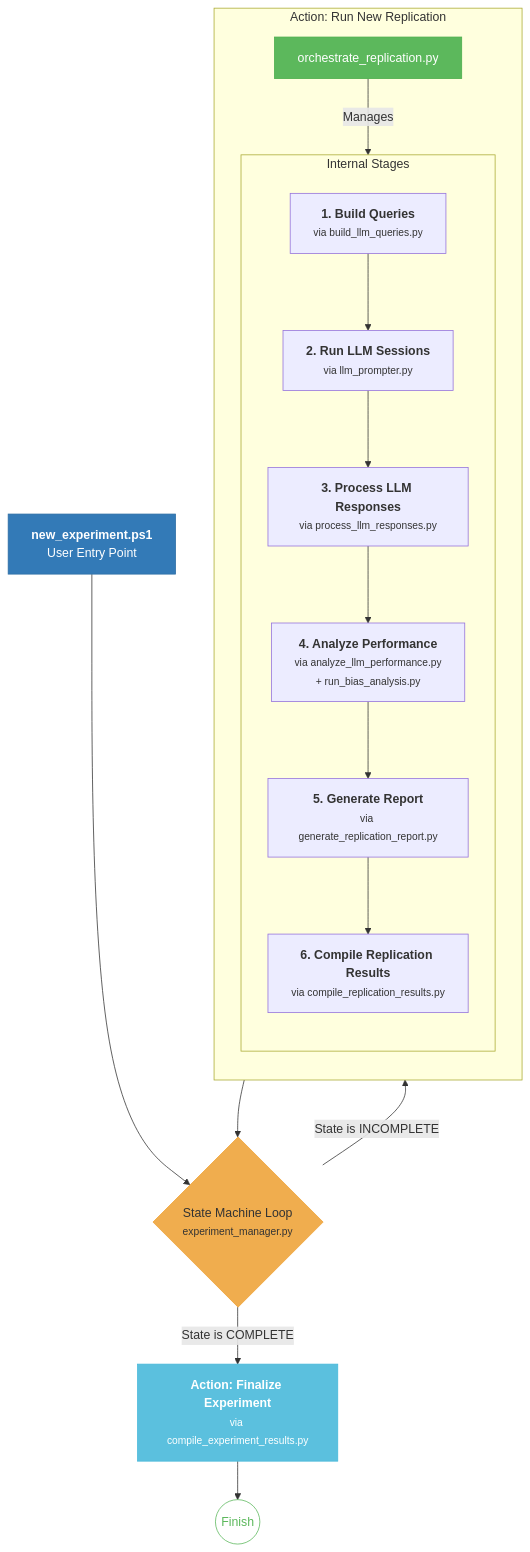
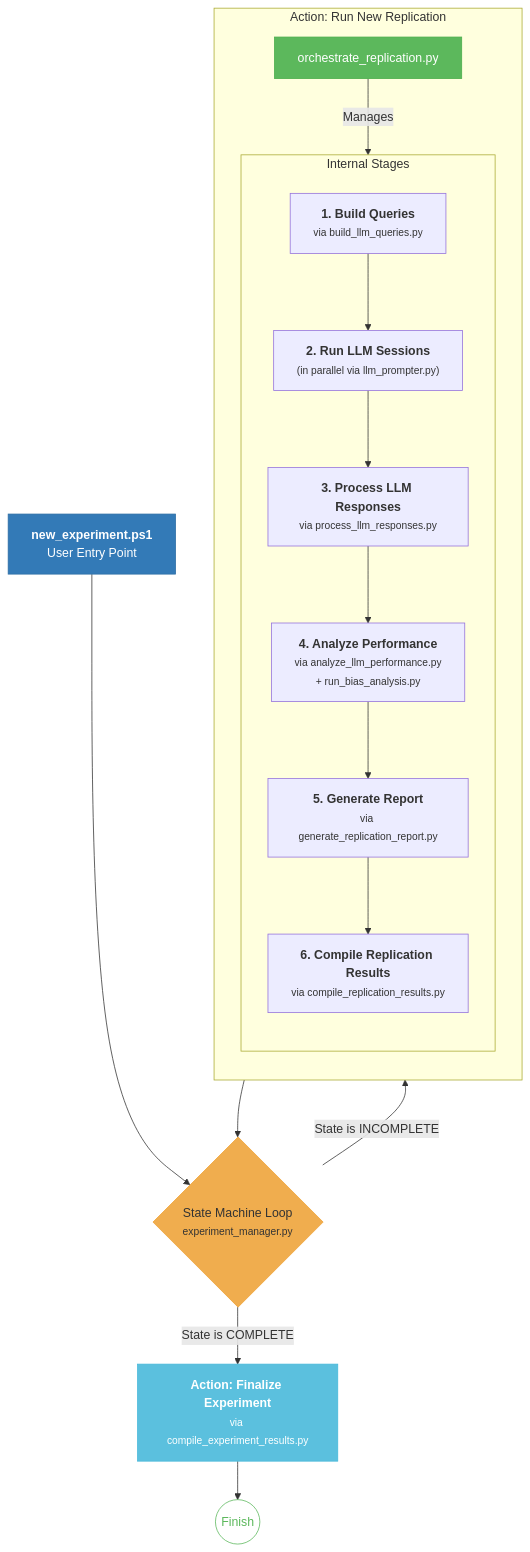
The diagram in docs/diagrams/flow_main_1_new_experiment.mmd (peterjmarko/llm-narrative-framework), drawn with Mermaid before and after one commit. The commit also changed 17 other files, not shown here.

```diff
--- a/docs/diagrams/flow_main_1_new_experiment.mmd
+++ b/docs/diagrams/flow_main_1_new_experiment.mmd
@@ -1,29 +1,29 @@
 graph TD
     A["<b>new_experiment.ps1</b><br>User Entry Point"]:::entry --> B{State Machine Loop<br><small>experiment_manager.py</small>}:::layer_orange;
     
     B -- "State is INCOMPLETE" --> C;
     C --> B;
     
     B -- "State is COMPLETE" --> F["<b>Action: Finalize Experiment</b><br><small>via compile_experiment_results.py</small>"]:::script;
     F --> G((Finish)):::finish_node;
 
     subgraph C [Action: Run New Replication]
         direction TB
         Orchestrator["orchestrate_replication.py"]:::layer_green
         subgraph InternalStages [Internal Stages]
             direction TB
             S1["<b>1. Build Queries</b><br><small>via build_llm_queries.py</small>"] --> S2;
-            S2["<b>2. Run LLM Sessions</b><br><small>via llm_prompter.py</small>"] --> S3;
+            S2["<b>2. Run LLM Sessions</b><br><small>(in parallel via llm_prompter.py)</small>"] --> S3;
             S3["<b>3. Process LLM Responses</b><br><small>via process_llm_responses.py</small>"] --> S4;
             S4["<b>4. Analyze Performance</b><br><small>via analyze_llm_performance.py<br>+ run_bias_analysis.py</small>"] --> S5;
             S5["<b>5. Generate Report</b><br><small>via generate_replication_report.py</small>"] --> S6;
             S6["<b>6. Compile Replication Results</b><br><small>via compile_replication_results.py</small>"]
         end
         Orchestrator -- Manages --> InternalStages;
     end
     
     classDef entry fill:#337ab7,stroke:#2e6da4,color:#fff;
     classDef layer_orange fill:#f0ad4e,stroke:#eea236,color:#333;
     classDef layer_green fill:#5cb85c,stroke:#4cae4c,color:#fff;
     classDef script fill:#5bc0de,stroke:#46b8da,color:#fff;
     classDef finish_node fill:#fff,stroke:#5cb85c,color:#5cb85c;
```
